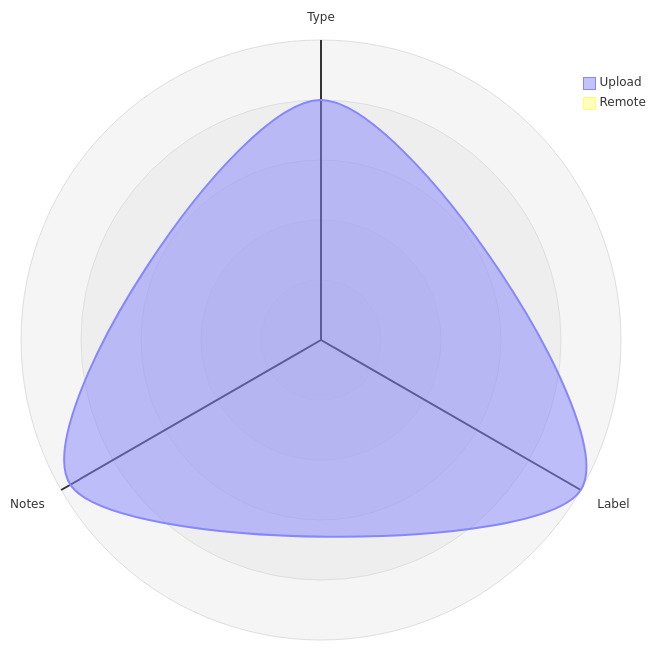
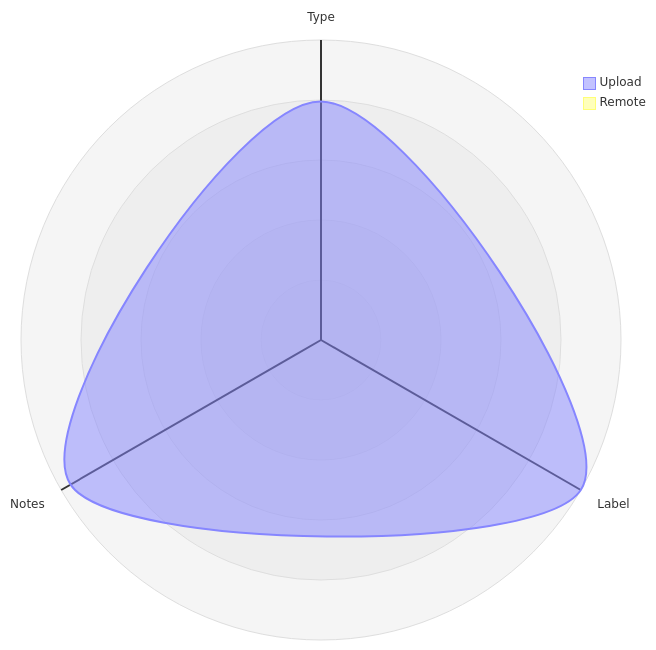
Before and after one commit to open-data/analytics-corporate-reporting: the third of 5 diagrams in datastore_tracker/README.md, drawn with Mermaid. The commit also changed other lines of this file and 9 other files, not shown here.

````diff
--- a/datastore_tracker/README.md
+++ b/datastore_tracker/README.md
@@ -104,12 +104,12 @@
 ```mermaid
 radar-beta
   axis T["Type"], L["Label"], N["Notes"]
-  curve u["Upload"]{0.00068, 0.00085, 0.00082}
+  curve u["Upload"]{0.00066, 0.00083, 0.0008}
   curve r["Remote"]{0, 0, 0}
 
   showLegend true
 
   min 0
   graticule circle
   ticks 5
 ```
````
